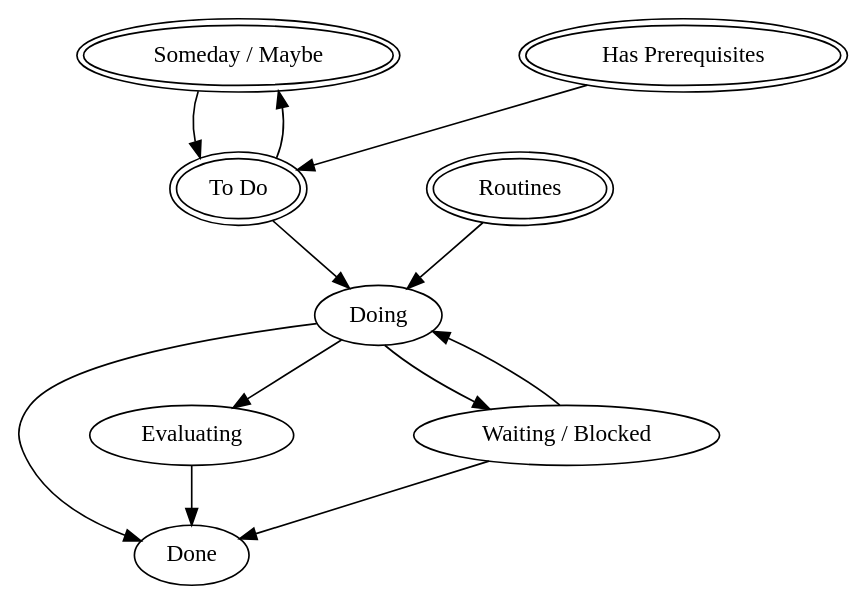
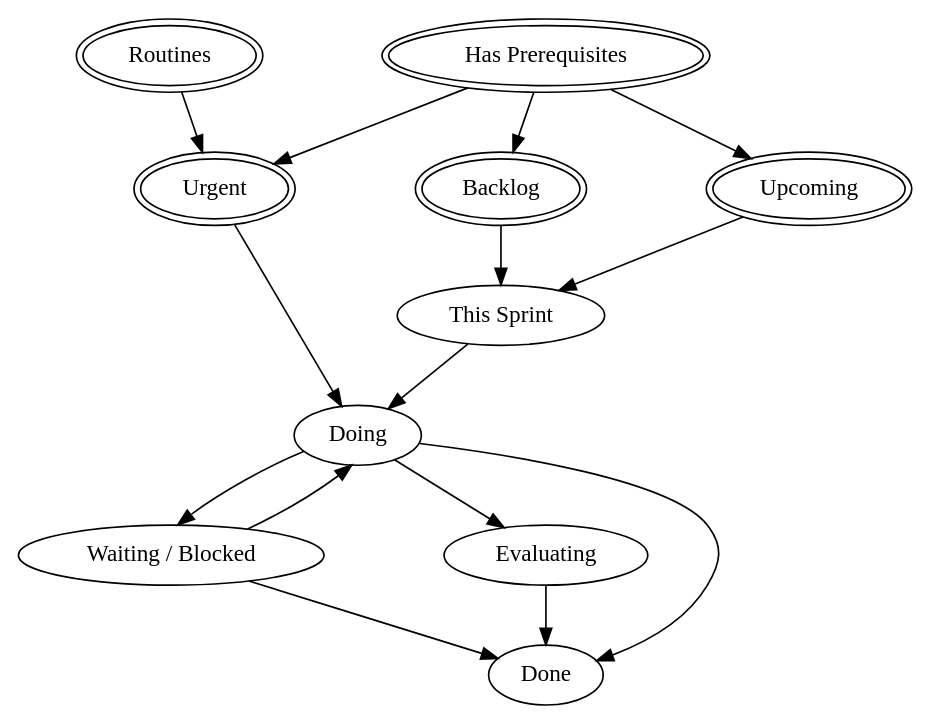
Before and after one commit to barrucadu/memo.barrucadu.co.uk: the diagram in memos/self-organisation.markdown, drawn with Graphviz. The commit also changed other lines of this file, not shown here.

````diff
--- a/memos/self-organisation.markdown
+++ b/memos/self-organisation.markdown
@@ -60,22 +64,31 @@
 ```graphviz
 digraph {
   nodesep=1;
 
-  "Someday / Maybe"   [peripheries=2];
+  "Routines"          [peripheries=2];
   "Has Prerequisites" [peripheries=2];
-  "To Do"             [peripheries=2];
-  "Routines"          [peripheries=2];
+  "Backlog"           [peripheries=2];
+  "Upcoming"          [peripheries=2];
+  "This Sprint"
+  "Urgent"            [peripheries=2];
+  "Doing"
+  "Waiting / Blocked"
+  "Evaluating"
+  "Done"
 
-  "Someday / Maybe"   -> "To Do"
-  "Has Prerequisites" -> "To Do"
-  "To Do"             -> "Someday / Maybe"
-  "To Do"             -> "Doing"
-  "Routines"          -> "Doing"
+  "Routines"          -> "Urgent"
+  "Has Prerequisites" -> "Backlog"
+  "Has Prerequisites" -> "Upcoming"
+  "Has Prerequisites" -> "Urgent"
+  "Backlog"           -> "This Sprint"
+  "Upcoming"          -> "This Sprint"
+  "This Sprint"       -> "Doing"
+  "Urgent"            -> "Doing"
+  "Doing"             -> "Waiting / Blocked"
+  "Doing"             -> "Evaluating"
   "Doing"             -> "Done"
-  "Doing"             -> "Evaluating"
-  "Doing"             -> "Waiting / Blocked"
   "Waiting / Blocked" -> "Doing"
   "Waiting / Blocked" -> "Done"
   "Evaluating"        -> "Done"
 }
 ```
````
